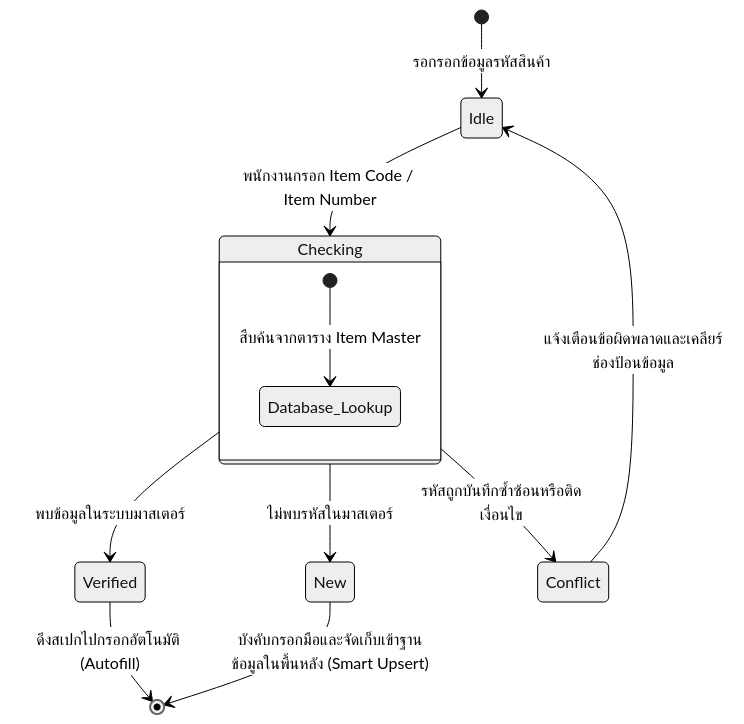
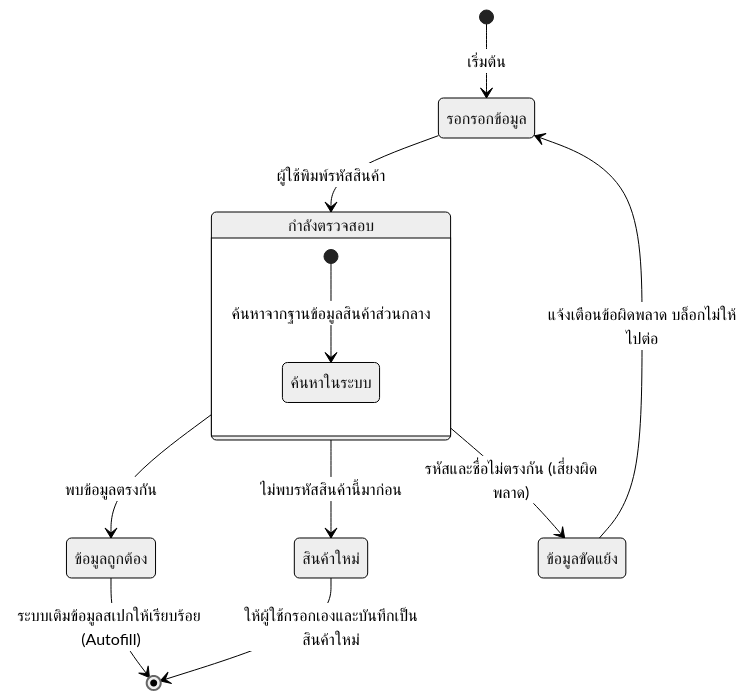
The third of 7 diagrams in system_flow_diagrams.md (yean30102546-rgb/QSMS_project), drawn with Mermaid (neutral theme) before and after one commit. The commit also changed other lines of this file and 16 other files, not shown here.

Commit message:
feat: update RAG module, rework update modals, system diagrams and project docs

````diff
--- a/system_flow_diagrams.md
+++ b/system_flow_diagrams.md
@@ -67,18 +62,18 @@
 ```mermaid
 stateDiagram-v2
-    [*] --> Idle : รอกรอกข้อมูลรหัสสินค้า
+    [*] --> รอกรอกข้อมูล : เริ่มต้น
     
-    Idle --> Checking : พนักงานกรอก Item Code / Item Number
+    รอกรอกข้อมูล --> กำลังตรวจสอบ : ผู้ใช้พิมพ์รหัสสินค้า
     
-    state Checking {
-        [*] --> Database_Lookup : สืบค้นจากตาราง Item Master
+    state กำลังตรวจสอบ {
+        [*] --> ค้นหาในระบบ : ค้นหาจากฐานข้อมูลสินค้าส่วนกลาง
     }
     
-    Checking --> Verified : พบข้อมูลในระบบมาสเตอร์
-    Checking --> New : ไม่พบรหัสในมาสเตอร์
-    Checking --> Conflict : รหัสถูกบันทึกซ้ำซ้อนหรือติดเงื่อนไข
+    กำลังตรวจสอบ --> ข้อมูลถูกต้อง : พบข้อมูลตรงกัน
+    กำลังตรวจสอบ --> สินค้าใหม่ : ไม่พบรหัสสินค้านี้มาก่อน
+    กำลังตรวจสอบ --> ข้อมูลขัดแย้ง : รหัสและชื่อไม่ตรงกัน (เสี่ยงผิดพลาด)
     
-    Verified --> [*] : ดึงสเปกไปกรอกอัตโนมัติ (Autofill)
-    New --> [*] : บังคับกรอกมือและจัดเก็บเข้าฐานข้อมูลในพื้นหลัง (Smart Upsert)
-    Conflict --> Idle : แจ้งเตือนข้อผิดพลาดและเคลียร์ช่องป้อนข้อมูล
+    ข้อมูลถูกต้อง --> [*] : ระบบเติมข้อมูลสเปกให้เรียบร้อย (Autofill)
+    สินค้าใหม่ --> [*] : ให้ผู้ใช้กรอกเองและบันทึกเป็นสินค้าใหม่
+    ข้อมูลขัดแย้ง --> รอกรอกข้อมูล : แจ้งเตือนข้อผิดพลาด บล็อกไม่ให้ไปต่อ
 ```
````
